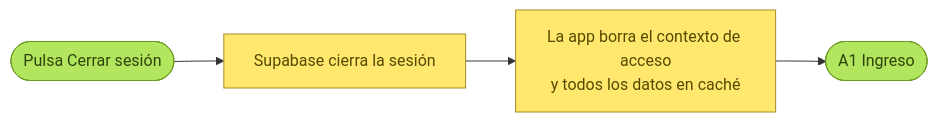
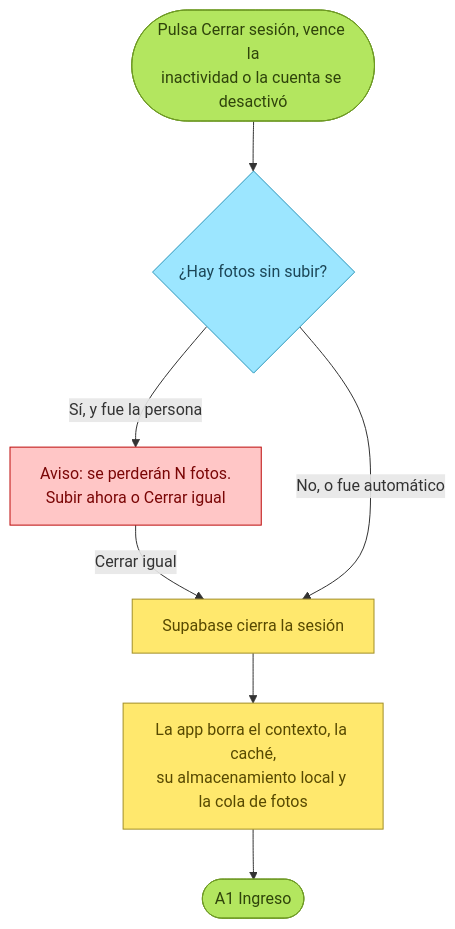
One commit to bernardoreveco/DentiHub changed the ninth of 10 diagrams in docs/modulos/01-acceso.md. Above: the diagram before and after it, drawn with Mermaid. The commit also changed other lines of this file and 48 other files, not shown here.

First line of the commit message:
Conecta el módulo Acceso a Supabase (ADR-0005) y corrige el despliegue en Vercel

````diff
--- a/docs/modulos/01-acceso.md
+++ b/docs/modulos/01-acceso.md
@@ -223,12 +288,19 @@
 ```mermaid
-flowchart LR
+flowchart TD
     classDef ini fill:#B3E65F,stroke:#6E9A24,color:#2F440B
     classDef paso fill:#FFE86D,stroke:#A28E26,color:#574900
+    classDef dec fill:#9CE6FF,stroke:#2C97BB,color:#1C4657
+    classDef no fill:#FFC6C6,stroke:#BD0A0A,color:#7A0606
 
-    o1([Pulsa Cerrar sesión]):::ini
-    o2[Supabase cierra la sesión]:::paso
-    o3[La app borra el contexto de acceso<br/>y todos los datos en caché]:::paso
-    o4([A1 Ingreso]):::ini
+    o1([Pulsa Cerrar sesión, vence la<br/>inactividad o la cuenta se desactivó]):::ini
+    o2{¿Hay fotos sin subir?}:::dec
+    o3[Aviso: se perderán N fotos.<br/>Subir ahora o Cerrar igual]:::no
+    o4[Supabase cierra la sesión]:::paso
+    o5[La app borra el contexto, la caché,<br/>su almacenamiento local y la cola de fotos]:::paso
+    o6([A1 Ingreso]):::ini
 
-    o1 --> o2 --> o3 --> o4
+    o1 --> o2
+    o2 -- Sí, y fue la persona --> o3
+    o3 -- Cerrar igual --> o4
+    o2 -- No, o fue automático --> o4 --> o5 --> o6
 ```
````
